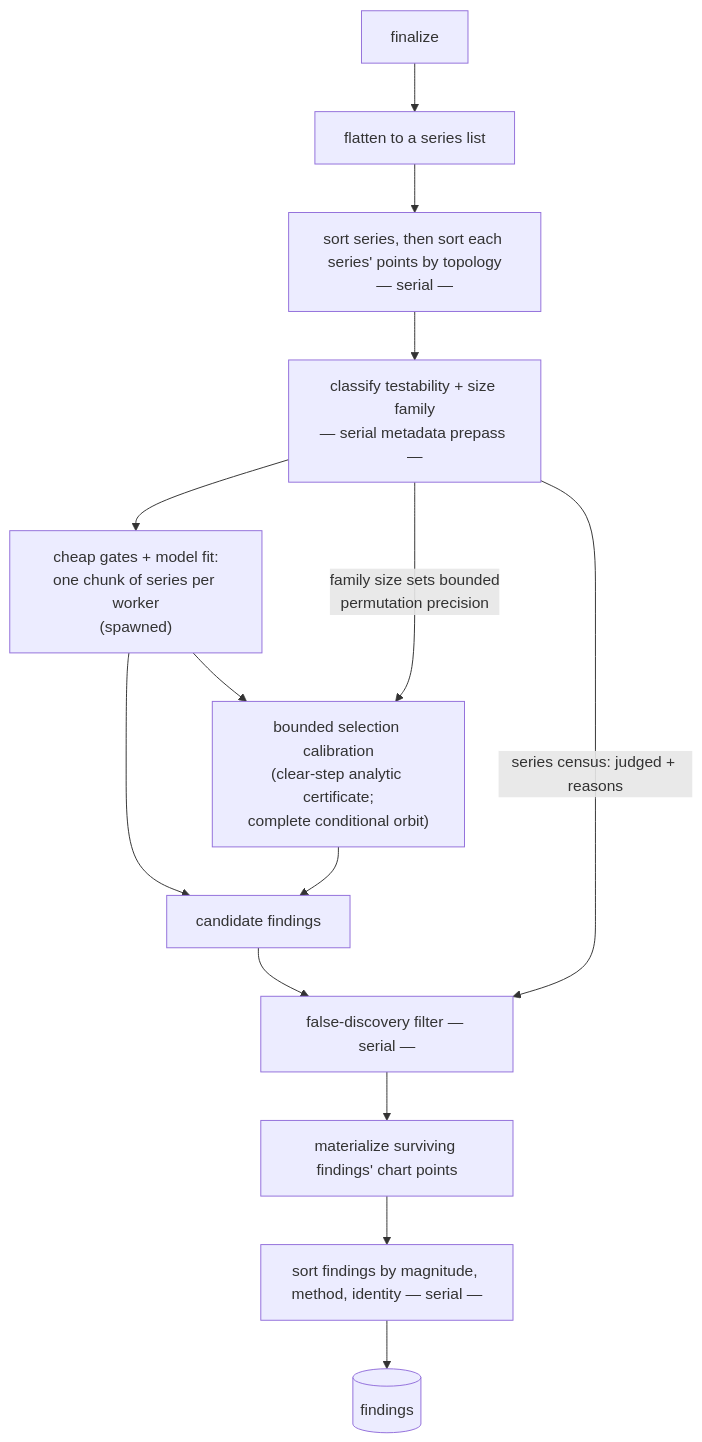
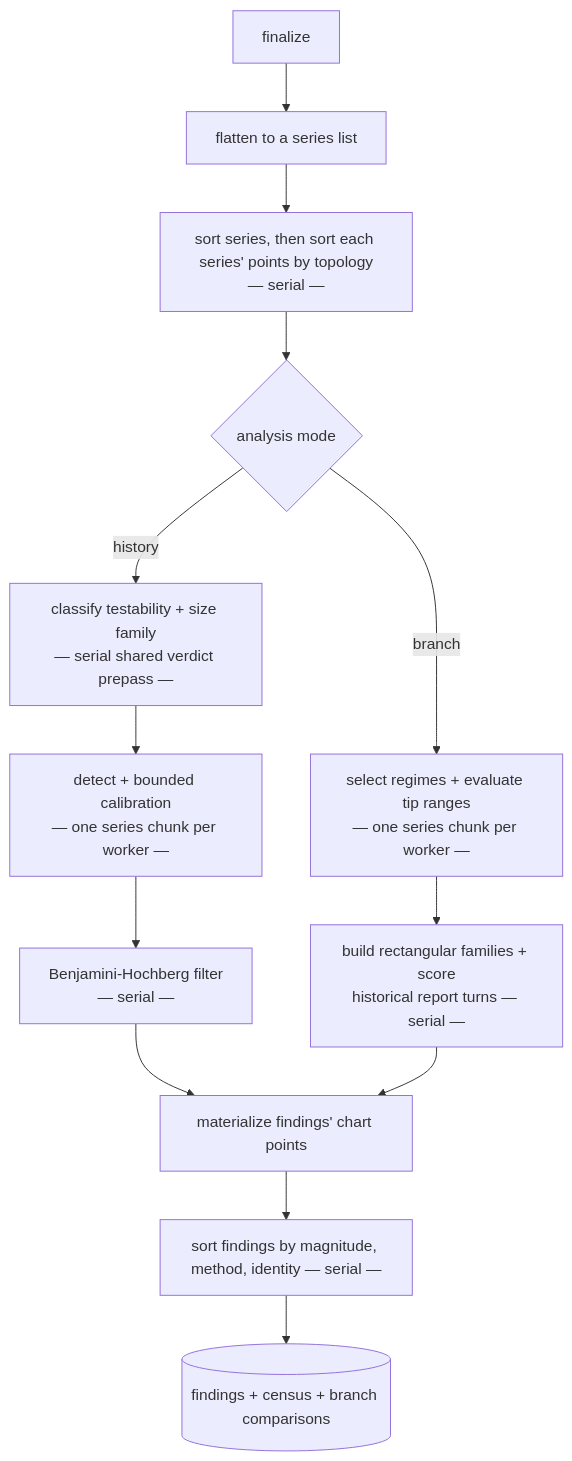
One commit to folo-rs/folo changed the third of 4 diagrams in packages/cargo-bench-history/docs/analyze.md. Above: the diagram before and after it, drawn with Mermaid. The commit also changed other lines of this file and 68 other files, not shown here.

First line of the commit message:
cargo-bench-history: make branch analysis honest (#495)

````diff
--- a/packages/cargo-bench-history/docs/analyze.md
+++ b/packages/cargo-bench-history/docs/analyze.md
@@ -116,16 +116,15 @@
 ```mermaid
 flowchart TD
   FIN["finalize"] --> FLAT["flatten to a series list"]
   FLAT --> SS["sort series, then sort each series' points by topology\n— serial —"]
-  SS --> CENSUS["classify testability + size family\n— serial metadata prepass —"]
-  CENSUS --> DALL["cheap gates + model fit:\none chunk of series per worker\n(spawned)"]
-  DALL --> CANDS["candidate findings"]
-  DALL --> CAL["bounded selection calibration\n(clear-step analytic certificate;\ncomplete conditional orbit)"]
-  CAL --> CANDS
-  CANDS --> BH["false-discovery filter — serial —"]
-  CENSUS -->|series census: judged + reasons| BH
-  CENSUS -->|family size sets bounded\npermutation precision| CAL
-  BH --> MAT["materialize surviving findings' chart points"]
+  SS --> MODE{"analysis mode"}
+  MODE -->|history| CENSUS["classify testability + size family\n— serial shared verdict prepass —"]
+  CENSUS --> HD["detect + bounded calibration\n— one series chunk per worker —"]
+  HD --> BH["Benjamini-Hochberg filter\n— serial —"]
+  MODE -->|branch| BP["select regimes + evaluate tip ranges\n— one series chunk per worker —"]
+  BP --> BC["build rectangular families + score\nhistorical report turns — serial —"]
+  BH --> MAT["materialize findings' chart points"]
+  BC --> MAT
   MAT --> SF["sort findings by magnitude, method, identity — serial —"]
-  SF --> FINDINGS[("findings")]
+  SF --> FINDINGS[("findings + census + branch comparisons")]
 ```
````
